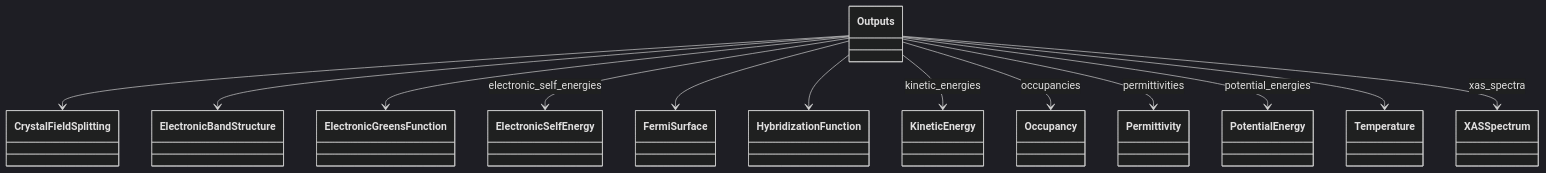
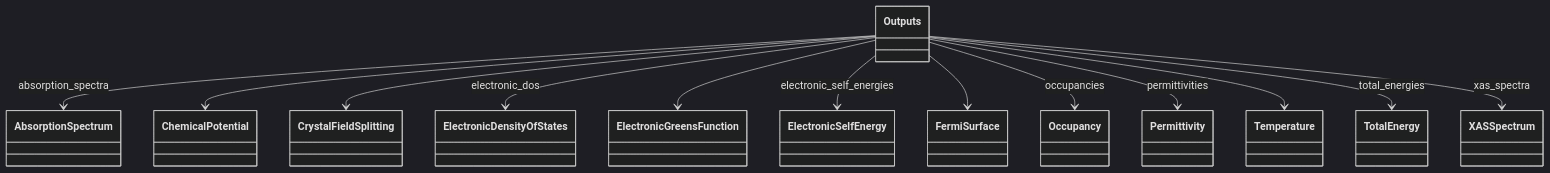
The first of 2 diagrams in docs/schema/outputs.diagram.md (FAIRmat-NFDI/nomad-simulations), drawn with Mermaid (dark theme) before and after one commit. The commit also changed 13 other files, not shown here.

````diff
--- a/docs/schema/outputs.diagram.md
+++ b/docs/schema/outputs.diagram.md
@@ -16,41 +16,41 @@
 ```mermaid
 classDiagram
+    class AbsorptionSpectrum {
+    }
+    class ChemicalPotential {
+    }
     class CrystalFieldSplitting {
     }
-    class ElectronicBandStructure {
+    class ElectronicDensityOfStates {
     }
     class ElectronicGreensFunction {
     }
     class ElectronicSelfEnergy {
     }
     class FermiSurface {
     }
-    class HybridizationFunction {
-    }
-    class KineticEnergy {
-    }
     class Occupancy {
     }
     class Outputs {
     }
     class Permittivity {
     }
-    class PotentialEnergy {
+    class Temperature {
     }
-    class Temperature {
+    class TotalEnergy {
     }
     class XASSpectrum {
     }
+    Outputs --> AbsorptionSpectrum : absorption_spectra
+    Outputs --> ChemicalPotential
     Outputs --> CrystalFieldSplitting
-    Outputs --> ElectronicBandStructure
+    Outputs --> ElectronicDensityOfStates : electronic_dos
     Outputs --> ElectronicGreensFunction
     Outputs --> ElectronicSelfEnergy : electronic_self_energies
     Outputs --> FermiSurface
-    Outputs --> HybridizationFunction
-    Outputs --> KineticEnergy : kinetic_energies
     Outputs --> Occupancy : occupancies
     Outputs --> Permittivity : permittivities
-    Outputs --> PotentialEnergy : potential_energies
     Outputs --> Temperature
+    Outputs --> TotalEnergy : total_energies
     Outputs --> XASSpectrum : xas_spectra
 ```
````
